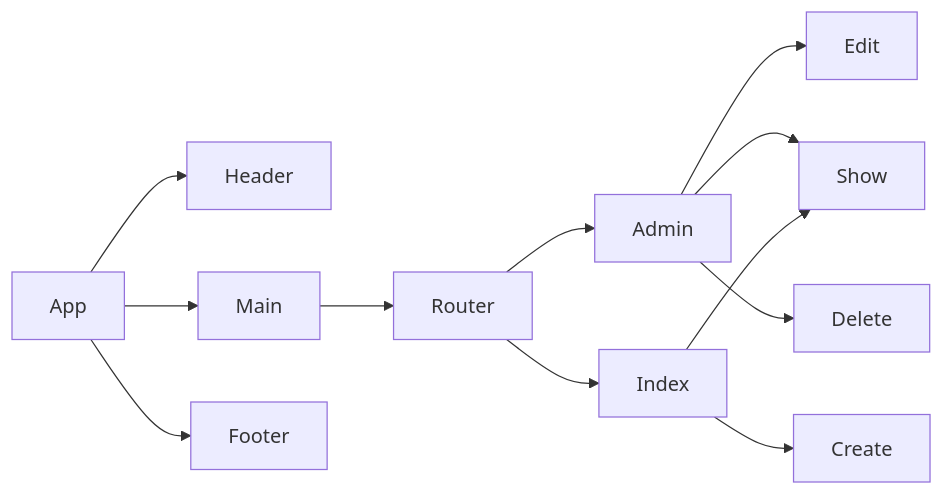
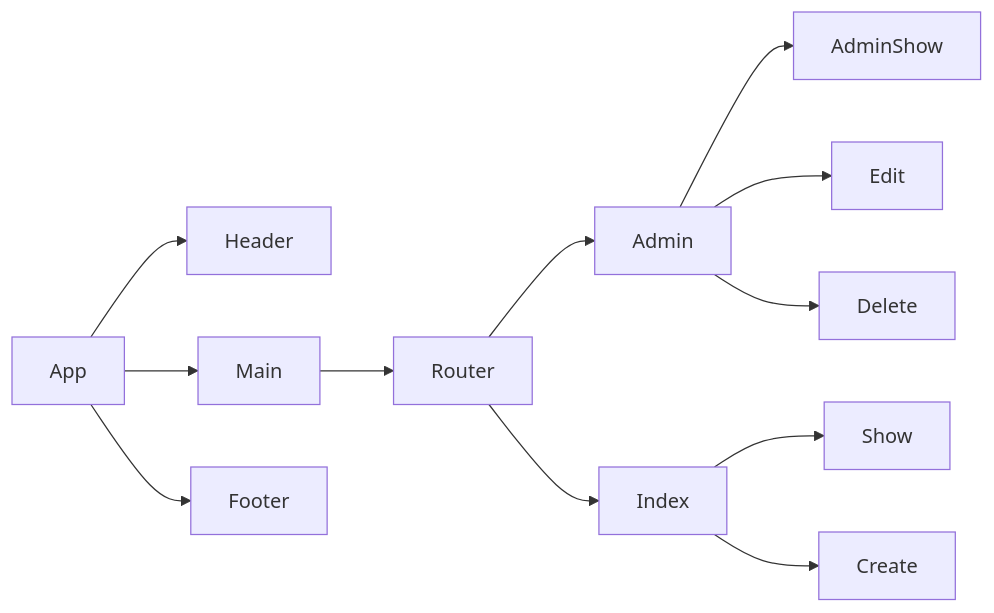
The diagram in README.md (hojoon0724/opusManifest-front), drawn with Mermaid before and after one commit.

Commit message:
revised component architecture

````diff
--- a/README.md
+++ b/README.md
@@ -34,14 +34,14 @@
 ```mermaid
 flowchart LR
   App-->Header
   App-->Main
   App-->Footer
   Main-->Router
   Router-->Admin
   Router-->Index
   Index-->Show
   Index-->Create
-  Admin-->Show
+  Admin-->AdminShow
   Admin-->Edit
   Admin-->Delete
 ```
````
